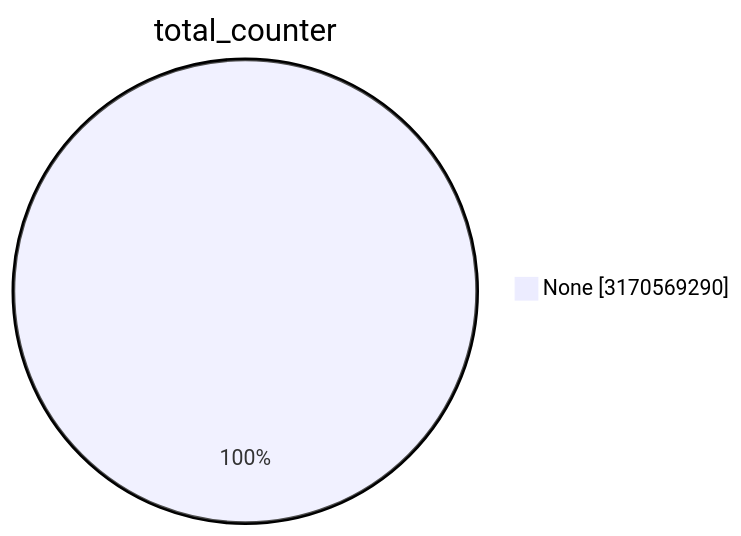
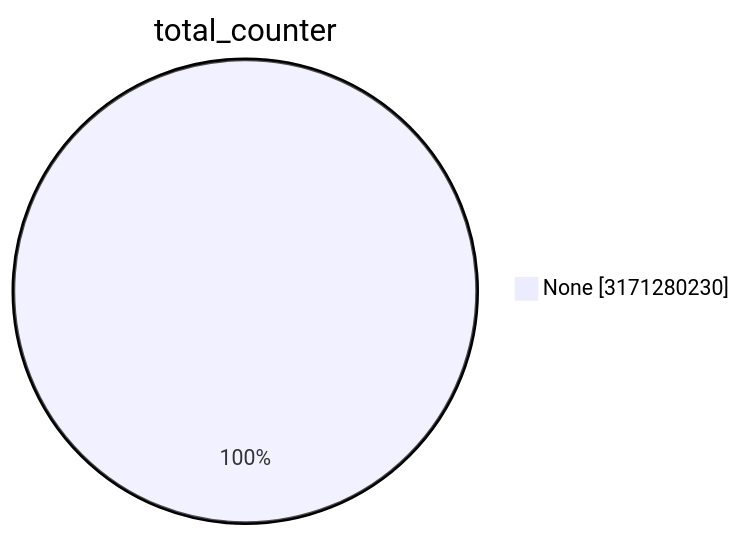
The first of 15 diagrams in TOTAL/README.md (christiankrug/ctmonitor_visualization), drawn with Mermaid before and after one commit. The commit also changed other lines of this file, not shown here.

````diff
--- a/TOTAL/README.md
+++ b/TOTAL/README.md
@@ -1,5 +1,5 @@
 ```mermaid
 pie showData
 title total_counter
-"None" :3170569290
+"None" :3171280230
 ```
````
